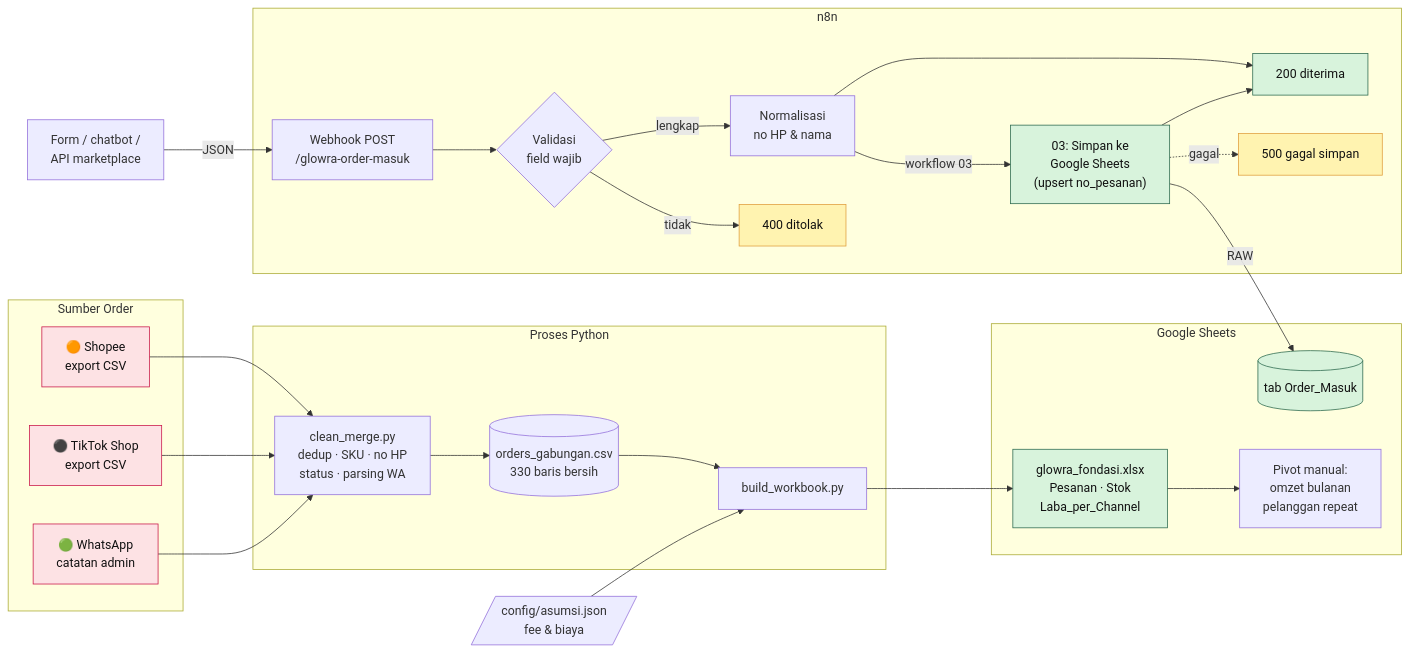
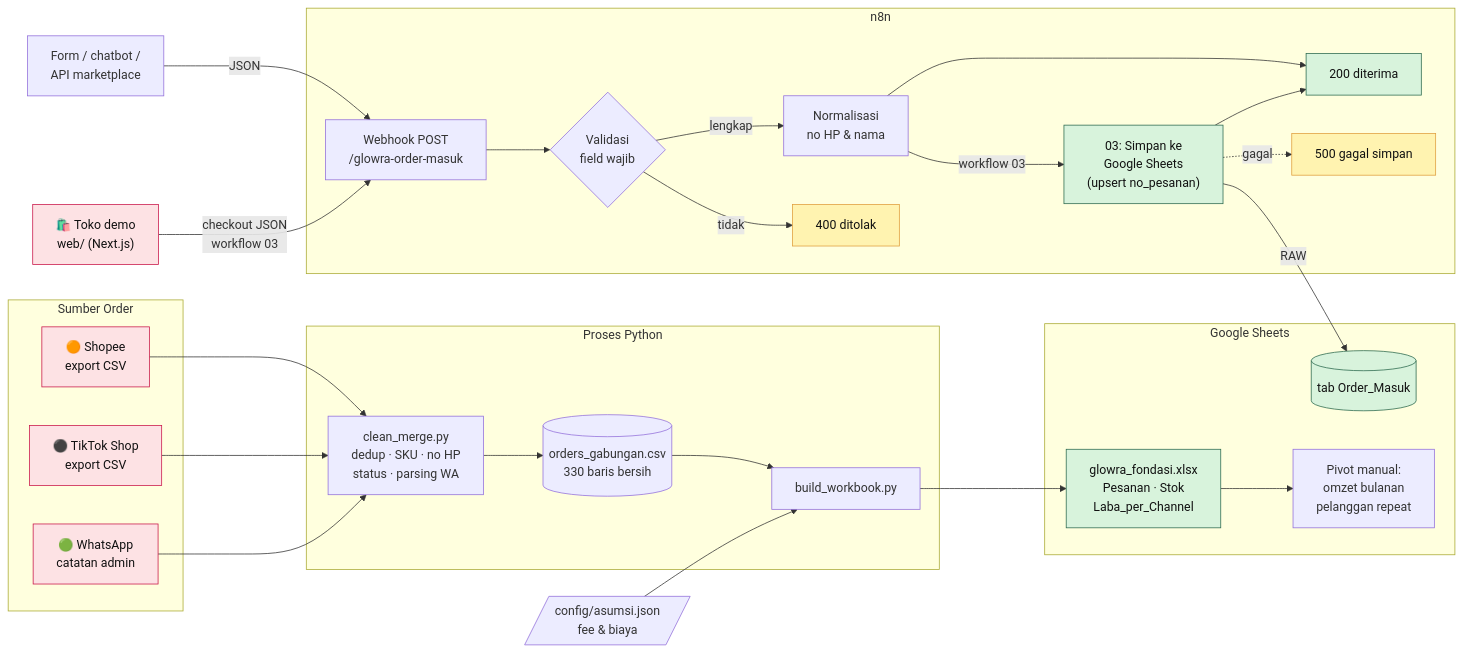
The diagram in README.md (kiekevin27-ux/ordersync-beauty), drawn with Mermaid before and after one commit. The commit also changed other lines of this file and 34 other files, not shown here.

First line of the commit message:
Toko demo Glowra + workflow 03 mendukung keranjang multi-produk

````diff
--- a/README.md
+++ b/README.md
@@ -35,48 +36,49 @@
 ```mermaid
 flowchart LR
     subgraph SUMBER["Sumber Order"]
         SP["🟠 Shopee<br/>export CSV"]
         TT["⚫ TikTok Shop<br/>export CSV"]
         WA["🟢 WhatsApp<br/>catatan admin"]
     end
 
     subgraph PROSES["Proses Python"]
         CM["clean_merge.py<br/>dedup · SKU · no HP<br/>status · parsing WA"]
         OG[("orders_gabungan.csv<br/>330 baris bersih")]
         BW["build_workbook.py"]
     end
 
     CFG[/"config/asumsi.json<br/>fee & biaya"/]
 
     subgraph SHEETS["Google Sheets"]
         XL["glowra_fondasi.xlsx<br/>Pesanan · Stok<br/>Laba_per_Channel"]
         OM[("tab Order_Masuk")]
         PV["Pivot manual:<br/>omzet bulanan<br/>pelanggan repeat"]
     end
 
     subgraph N8N["n8n"]
         WH["Webhook POST<br/>/glowra-order-masuk"]
         VAL{"Validasi<br/>field wajib"}
         NORM["Normalisasi<br/>no HP & nama"]
         R200["200 diterima"]
         R400["400 ditolak"]
         GS["03: Simpan ke<br/>Google Sheets<br/>(upsert no_pesanan)"]
         R500["500 gagal simpan"]
     end
 
     SP & TT & WA --> CM --> OG --> BW --> XL --> PV
     CFG --> BW
     SYS["Form / chatbot /<br/>API marketplace"] -->|JSON| WH --> VAL
+    WEB["🛍️ Toko demo<br/>web/ (Next.js)"] -->|"checkout JSON<br/>workflow 03"| WH
     VAL -- lengkap --> NORM --> R200
     VAL -- tidak --> R400
     NORM -->|workflow 03| GS -->|RAW| OM
     GS --> R200
     GS -. gagal .-> R500
 
     classDef src fill:#fde2e4,stroke:#c9184a,color:#111;
     classDef ok fill:#d8f3dc,stroke:#2d6a4f,color:#111;
     classDef bad fill:#fff3b0,stroke:#e09f3e,color:#111;
-    class SP,TT,WA src;
+    class SP,TT,WA,WEB src;
     class R200,XL,OM,GS ok;
     class R400,R500 bad;
 ```
````
